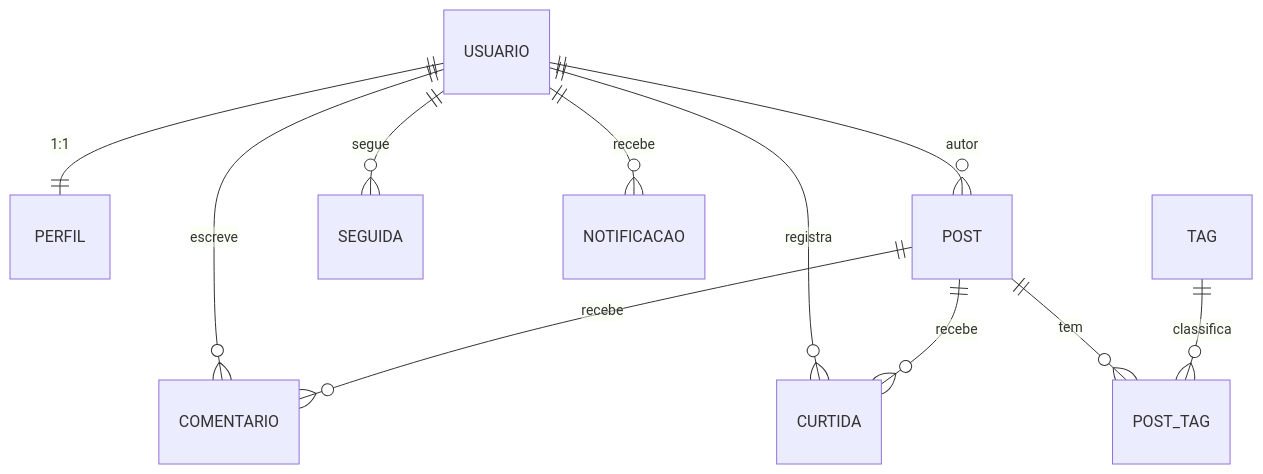
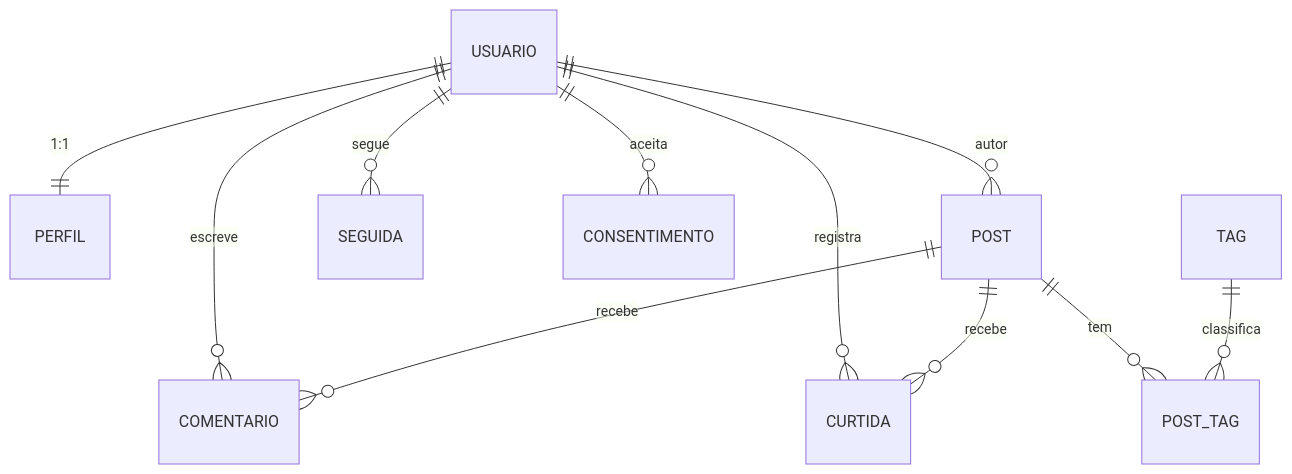
Before and after one commit to Agora-s-Space/Social.Agora: the diagram in Agora.Docs/04 Gestão/Verificação da Primeira Entrega.md, drawn with Mermaid. The commit also changed other lines of this file and 8 other files, not shown here.

````diff
--- a/Agora.Docs/04 Gestão/Verificação da Primeira Entrega.md
+++ b/Agora.Docs/04 Gestão/Verificação da Primeira Entrega.md
@@ -100,13 +101,13 @@
 ```mermaid
 erDiagram
     USUARIO ||--|| PERFIL : "1:1"
     USUARIO ||--o{ POST : "autor"
     USUARIO ||--o{ COMENTARIO : "escreve"
     USUARIO ||--o{ CURTIDA : "registra"
     POST   ||--o{ COMENTARIO : "recebe"
     POST   ||--o{ CURTIDA : "recebe"
     USUARIO ||--o{ SEGUIDA : "segue"
-    USUARIO ||--o{ NOTIFICACAO : "recebe"
+    USUARIO ||--o{ CONSENTIMENTO : "aceita"
     POST   ||--o{ POST_TAG : "tem"
     TAG    ||--o{ POST_TAG : "classifica"
 ```
````
